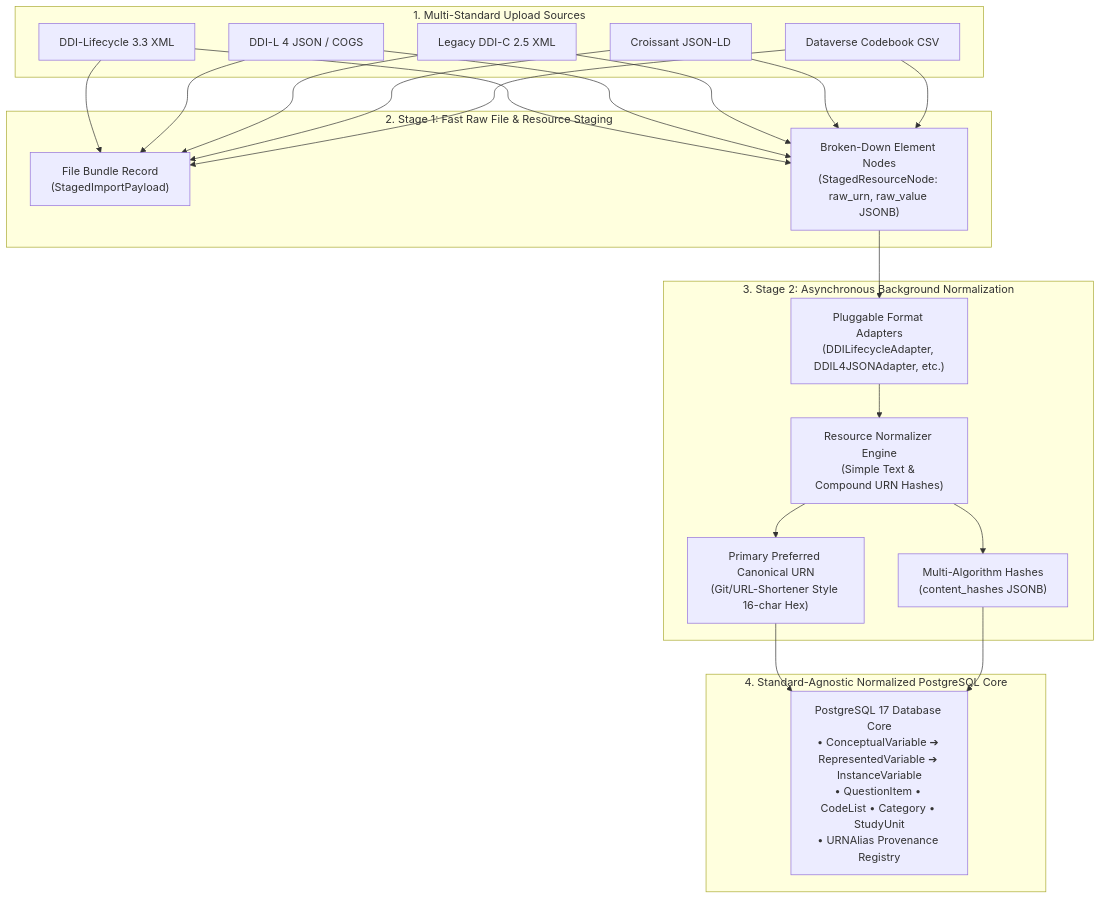
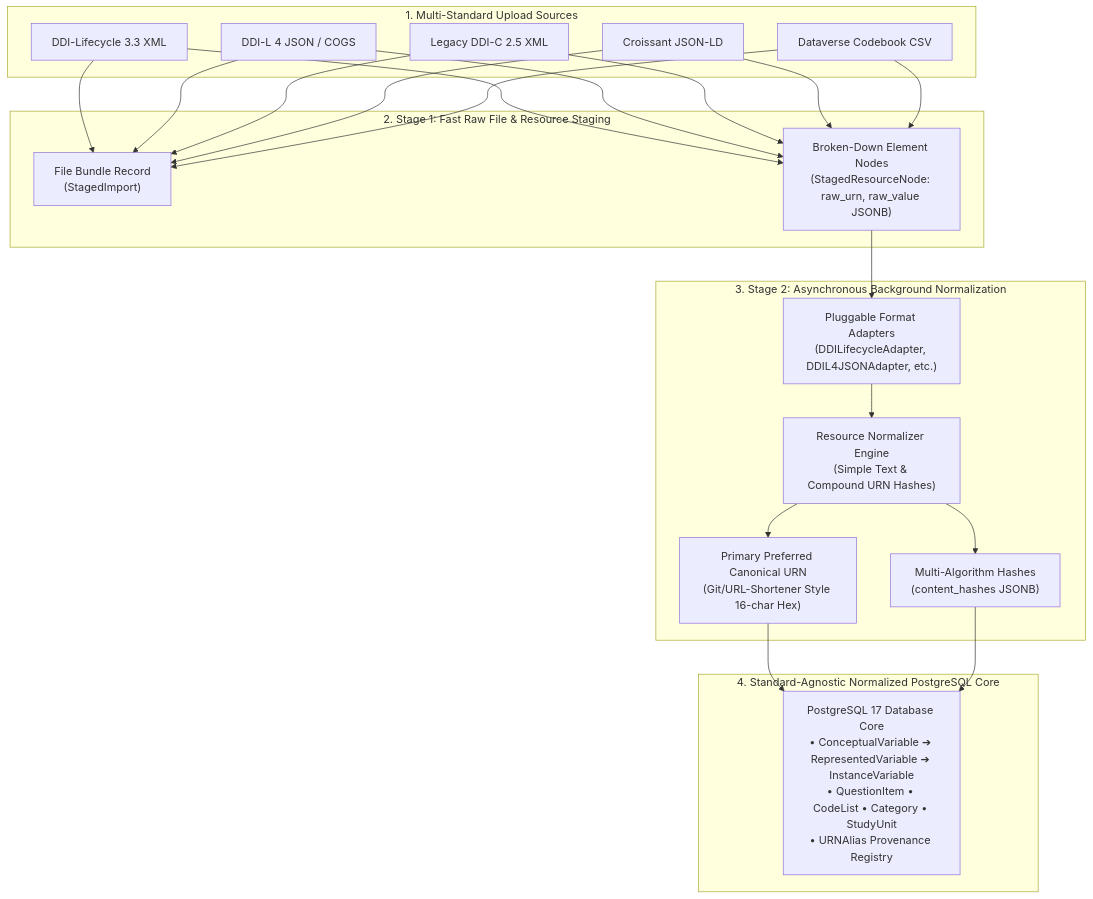
Before and after one commit to PlgaH/fairwddi-wp3-3: the diagram in deliverables/summary.md, drawn with Mermaid. The commit also changed other lines of this file and 15 other files, not shown here.

Commit message:
refactor: rename StagedImportPayload to StagedImport and update schema to track import progress and metadata options.

````diff
--- a/deliverables/summary.md
+++ b/deliverables/summary.md
@@ -27,31 +27,31 @@
 ```mermaid
 flowchart TD
     subgraph MultiStandardIn ["1. Multi-Standard Upload Sources"]
         DDI33["DDI-Lifecycle 3.3 XML"]
         DDI4["DDI-L 4 JSON / COGS"]
         DDI25["Legacy DDI-C 2.5 XML"]
         Croissant["Croissant JSON-LD"]
         CSV_In["Dataverse Codebook CSV"]
     end
 
     subgraph Stage1 ["2. Stage 1: Fast Raw File & Resource Staging"]
-        Bundle["File Bundle Record\n(StagedImportPayload)"]
+        Bundle["File Bundle Record\n(StagedImport)"]
         Nodes["Broken-Down Element Nodes\n(StagedResourceNode: raw_urn, raw_value JSONB)"]
     end
 
     subgraph Stage2 ["3. Stage 2: Asynchronous Background Normalization"]
         Adapters["Pluggable Format Adapters\n(DDILifecycleAdapter, DDIL4JSONAdapter, etc.)"]
         Normalizer["Resource Normalizer Engine\n(Simple Text & Compound URN Hashes)"]
         
         Normalizer --> PreferredURN["Primary Preferred Canonical URN\n(Git/URL-Shortener Style 16-char Hex)"]
         Normalizer --> MultiHash["Multi-Algorithm Hashes\n(content_hashes JSONB)"]
     end
 
     subgraph CoreStore ["4. Standard-Agnostic Normalized PostgreSQL Core"]
         Entities["PostgreSQL 17 Database Core\n• ConceptualVariable ➔ RepresentedVariable ➔ InstanceVariable\n• QuestionItem • CodeList • Category • StudyUnit\n• URNAlias Provenance Registry"]
     end
 
     DDI33 & DDI4 & DDI25 & Croissant & CSV_In --> Bundle & Nodes
     Nodes --> Adapters --> Normalizer
     PreferredURN & MultiHash --> Entities
 ```
````
